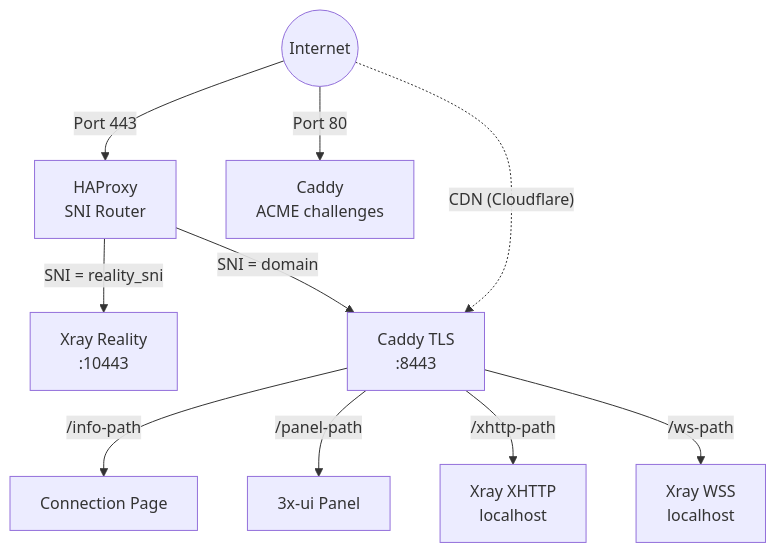
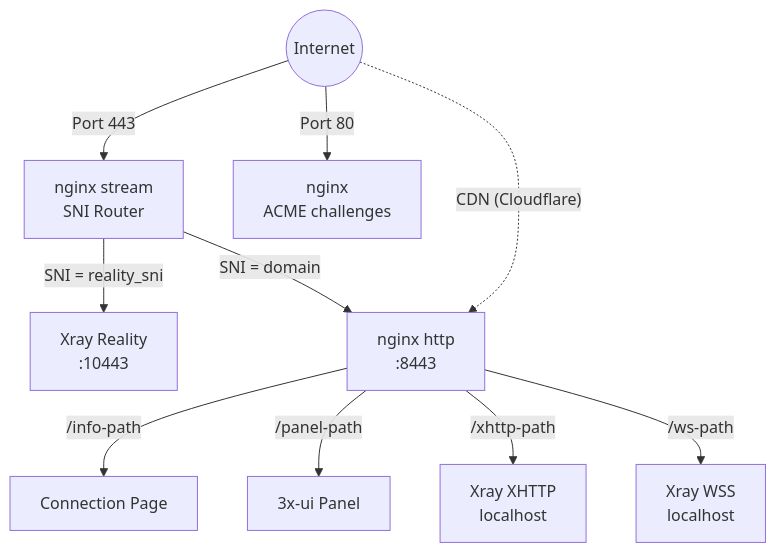
Before and after one commit to optimizatormk8/veytr-meridian: the second of 3 diagrams in website/src/content/docs/en/architecture.md, drawn with Mermaid. The commit also changed other lines of this file and 60 other files, not shown here.

First line of the commit message:
Replace HAProxy + Caddy with nginx + acme.sh

````diff
--- a/website/src/content/docs/en/architecture.md
+++ b/website/src/content/docs/en/architecture.md
@@ -41,12 +40,12 @@
 ```mermaid
 flowchart TD
-    Internet((Internet)) -->|Port 443| HAProxy[HAProxy<br>SNI Router]
-    HAProxy -->|"SNI = reality_sni"| Xray["Xray Reality<br>:10443"]
-    HAProxy -->|"SNI = domain"| Caddy["Caddy TLS<br>:8443"]
-    Caddy -->|/info-path| Page[Connection Page]
-    Caddy -->|/panel-path| Panel[3x-ui Panel]
-    Caddy -->|/xhttp-path| XrayXHTTP["Xray XHTTP<br>localhost"]
-    Caddy -->|/ws-path| XrayWSS["Xray WSS<br>localhost"]
-    Internet -->|Port 80| CaddyACME["Caddy<br>ACME challenges"]
-    Internet -.->|"CDN (Cloudflare)"| Caddy
+    Internet((Internet)) -->|Port 443| Nginx[nginx stream<br>SNI Router]
+    Nginx -->|"SNI = reality_sni"| Xray["Xray Reality<br>:10443"]
+    Nginx -->|"SNI = domain"| NginxHTTP["nginx http<br>:8443"]
+    NginxHTTP -->|/info-path| Page[Connection Page]
+    NginxHTTP -->|/panel-path| Panel[3x-ui Panel]
+    NginxHTTP -->|/xhttp-path| XrayXHTTP["Xray XHTTP<br>localhost"]
+    NginxHTTP -->|/ws-path| XrayWSS["Xray WSS<br>localhost"]
+    Internet -->|Port 80| NginxACME["nginx<br>ACME challenges"]
+    Internet -.->|"CDN (Cloudflare)"| NginxHTTP
 ```
````
